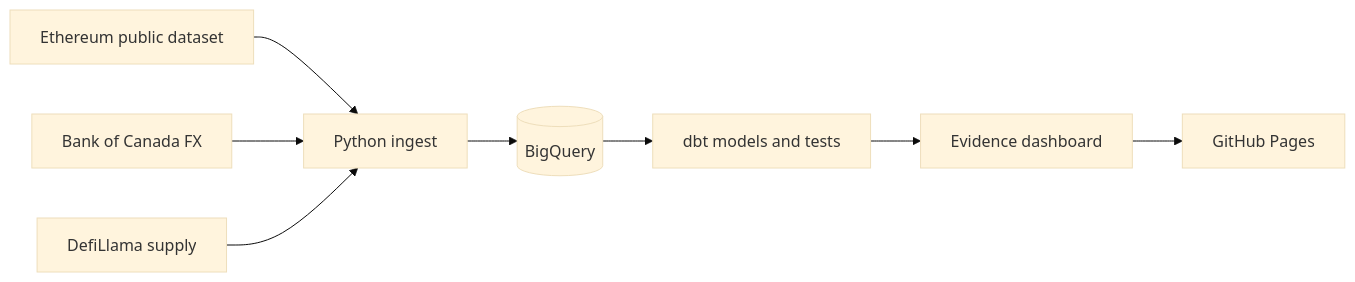
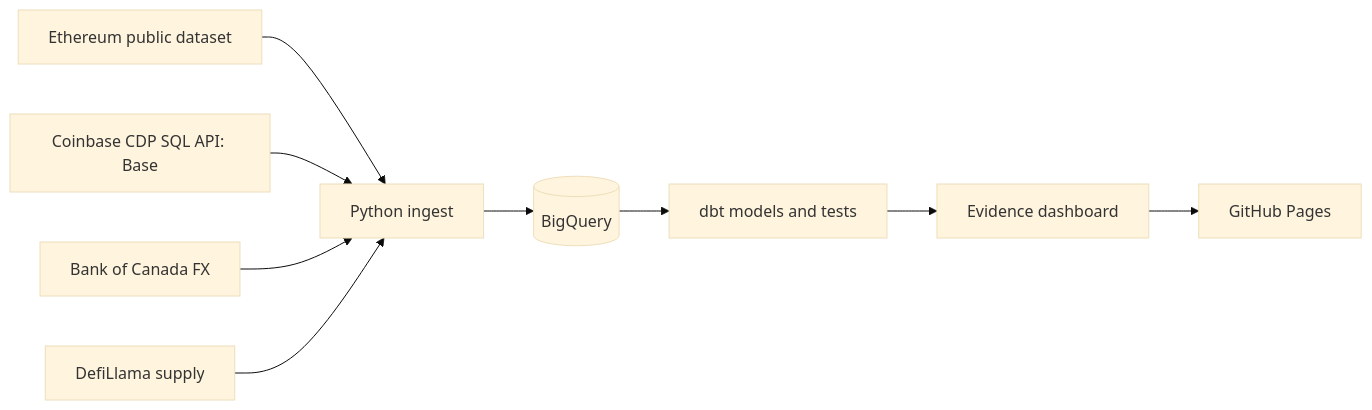
Before and after one commit to SeanC66/Non-USD-Stablecoin-Analysis: the diagram in README.md, drawn with Mermaid (base theme). The commit also changed other lines of this file and 3 other files, not shown here.

First line of the commit message:
ci: put base back in the daily ingest; document CDP-sourced Base transfers (#10)

````diff
--- a/README.md
+++ b/README.md
@@ -18,10 +18,11 @@
 ```mermaid
 flowchart LR
     A[Ethereum public dataset] --> D[Python ingest]
+    I[Coinbase CDP SQL API: Base] --> D
     B[Bank of Canada FX] --> D
     C[DefiLlama supply] --> D
     D --> E[(BigQuery)]
     E --> F[dbt models and tests]
     F --> G[Evidence dashboard]
     G --> H[GitHub Pages]
 ```
````
